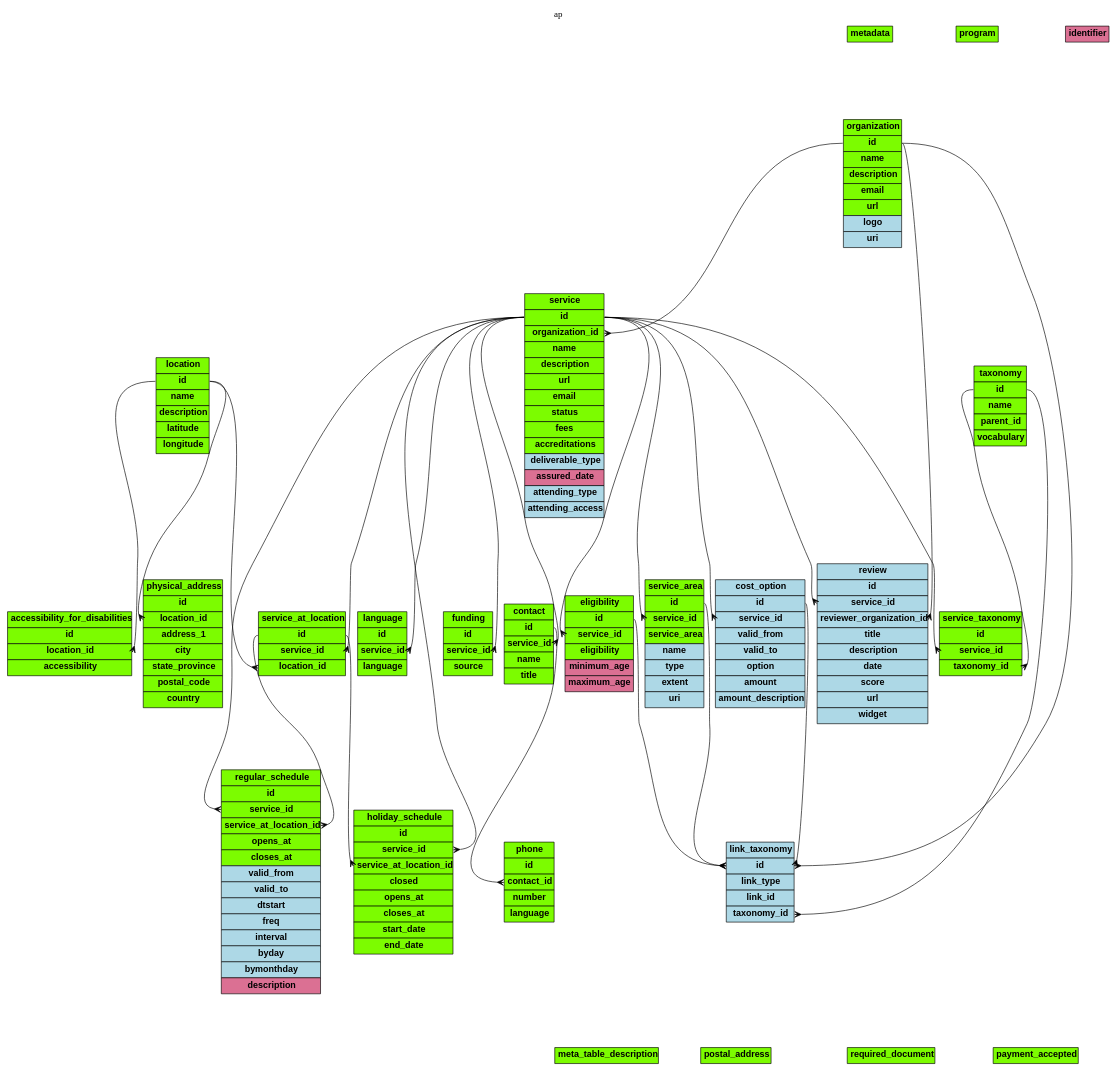
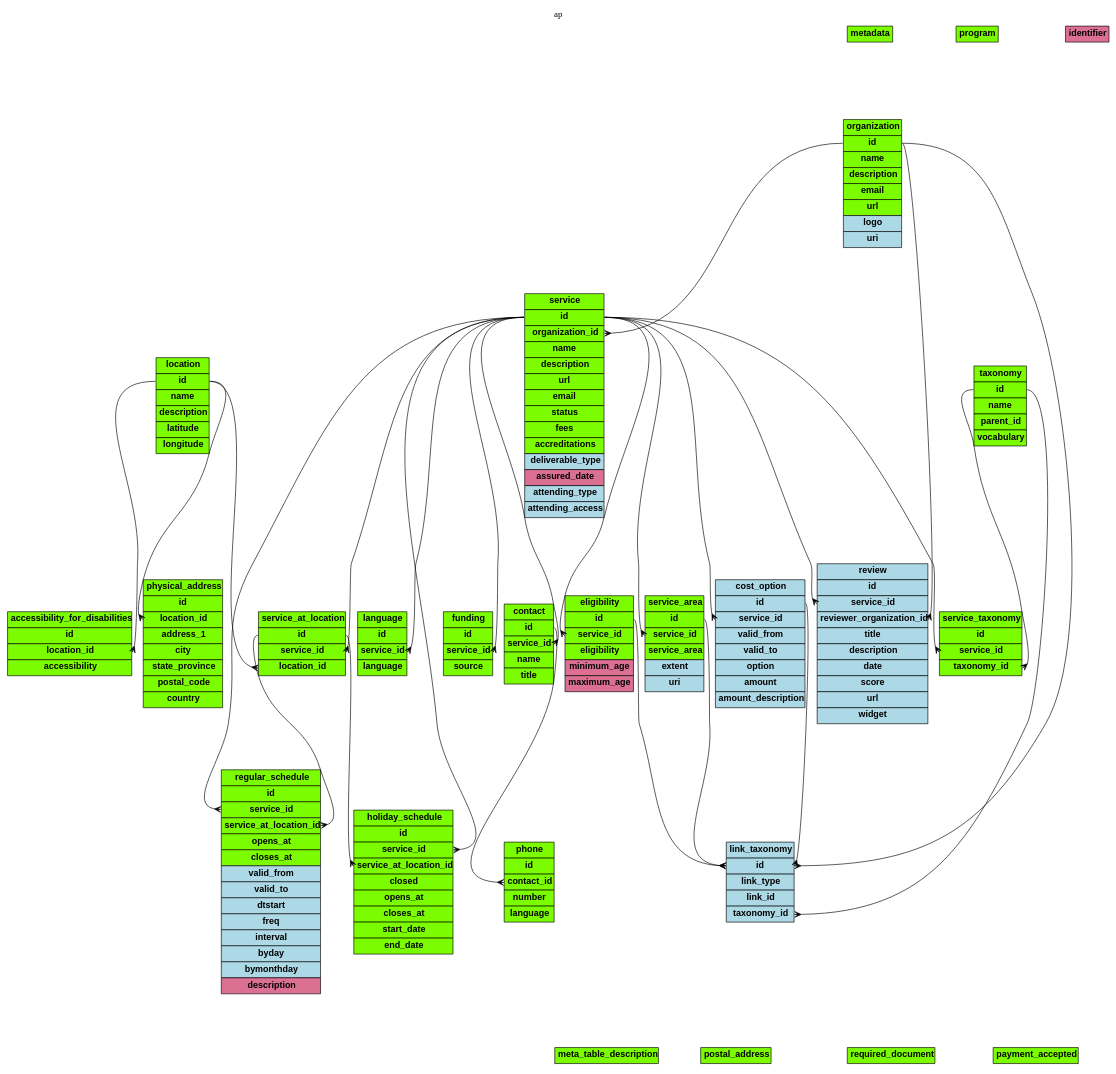
The diagram in Schemas/ap.gv (OpenReferralUK/human-services), drawn with Graphviz before and after one commit. The commit also changed 14 other files, not shown here.

```diff
--- a/Schemas/ap.gv
+++ b/Schemas/ap.gv
@@ -226,8 +226,6 @@
 <tr><td port='id'  bgcolor="lawngreen"><b>id</b></td></tr>
 <tr><td port='service_id'  bgcolor="lawngreen"><b>service_id</b></td></tr>
 <tr><td  bgcolor="lawngreen"><b>service_area</b></td></tr>
-<tr><td  bgcolor="lightblue"><b>name</b></td></tr>
-<tr><td  bgcolor="lightblue"><b>type</b></td></tr>
 <tr><td  bgcolor="lightblue"><b>extent</b></td></tr>
 <tr><td  bgcolor="lightblue"><b>uri</b></td></tr>
 </table>
```
